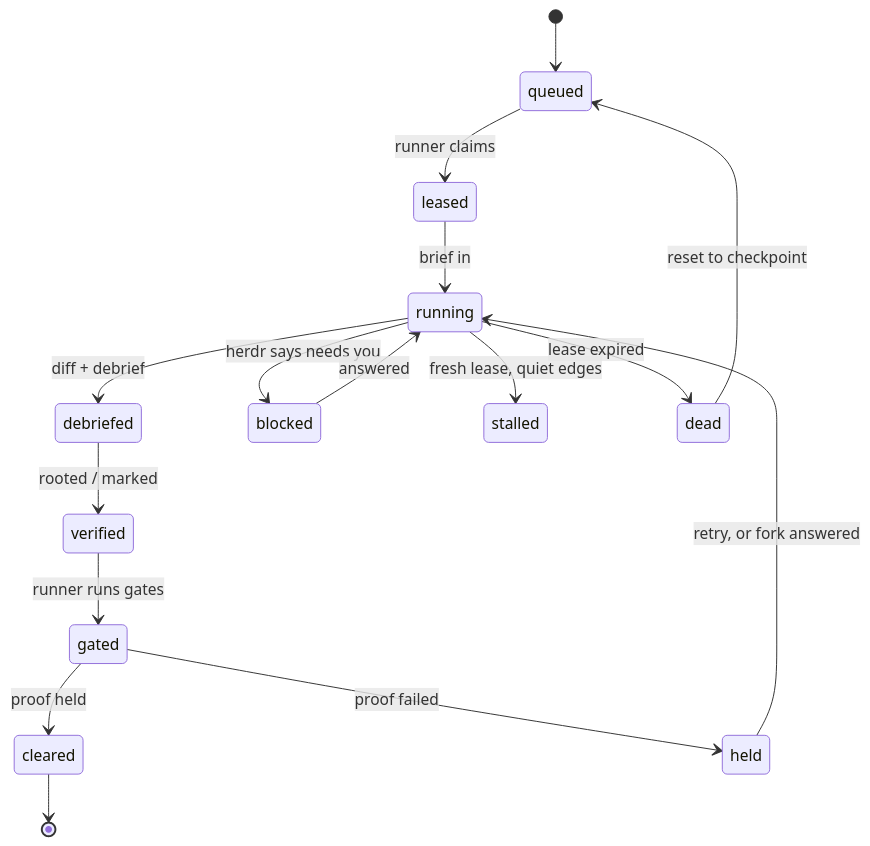
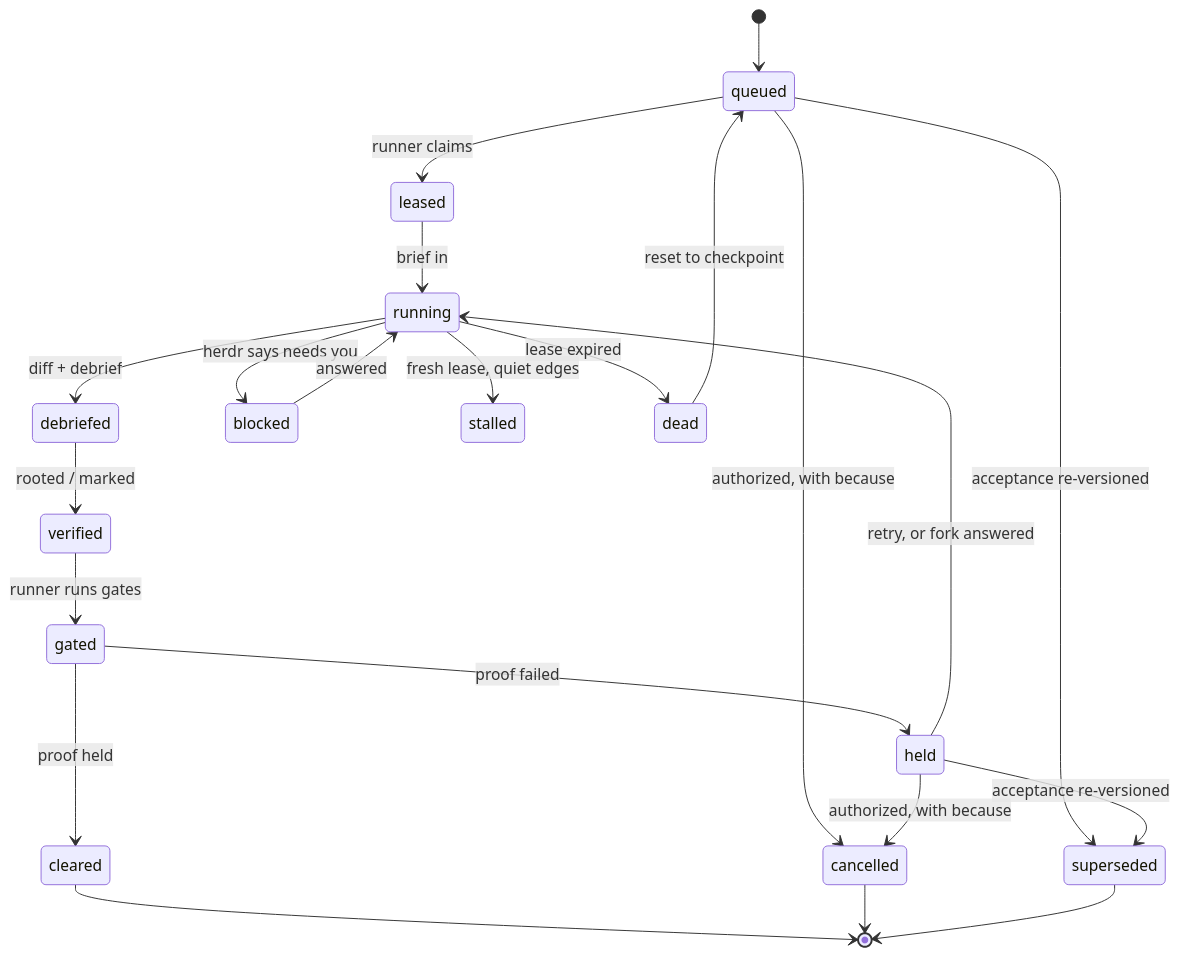
Before and after one commit to rodrigopsasaki/interlock: the second of 2 diagrams in docs/design/0001-interlock.md, drawn with Mermaid. The commit also changed other lines of this file and 2 other files, not shown here.

````diff
--- a/docs/design/0001-interlock.md
+++ b/docs/design/0001-interlock.md
@@ -238,18 +245,24 @@
 ```mermaid
 stateDiagram-v2
   [*] --> queued
   queued --> leased: runner claims
   leased --> running: brief in
   running --> debriefed: diff + debrief
   debriefed --> verified: rooted / marked
   verified --> gated: runner runs gates
   gated --> cleared: proof held
   cleared --> [*]
   running --> blocked: herdr says needs you
   running --> stalled: fresh lease, quiet edges
   running --> dead: lease expired
   dead --> queued: reset to checkpoint
   gated --> held: proof failed
   held --> running: retry, or fork answered
   blocked --> running: answered
+  queued --> cancelled: authorized, with because
+  held --> cancelled: authorized, with because
+  queued --> superseded: acceptance re-versioned
+  held --> superseded: acceptance re-versioned
+  cancelled --> [*]
+  superseded --> [*]
 ```
````
